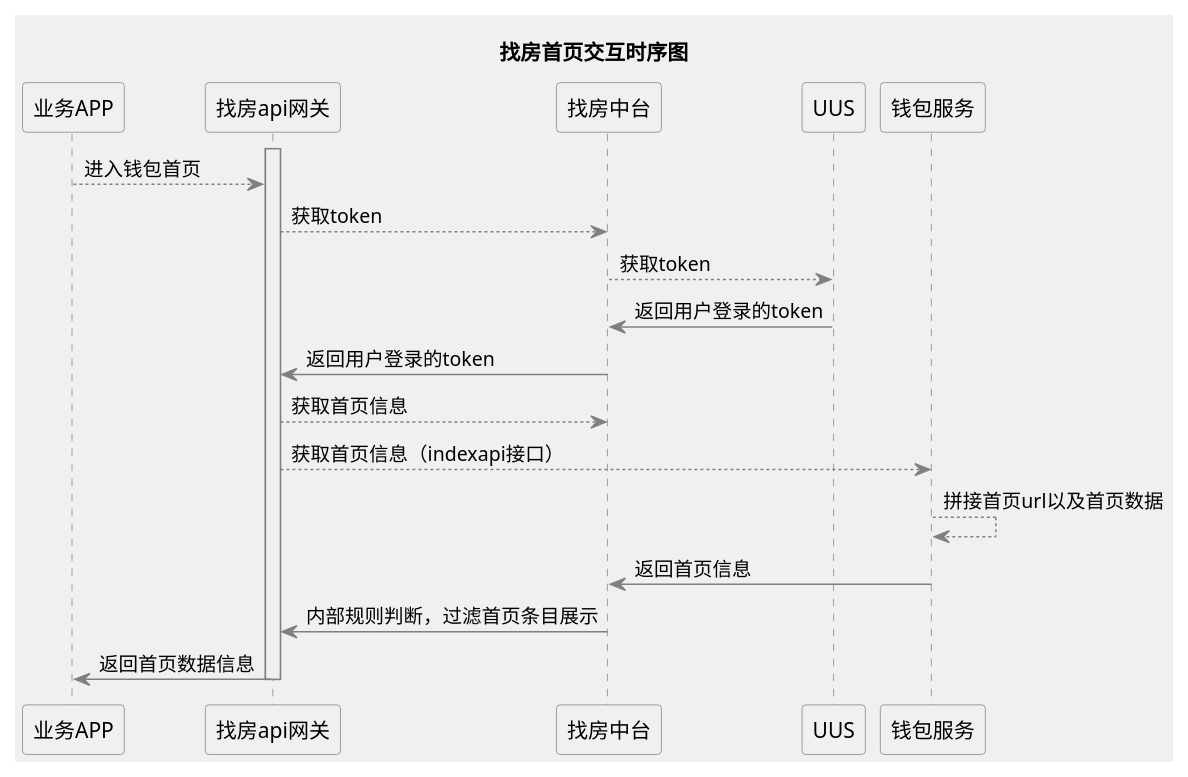
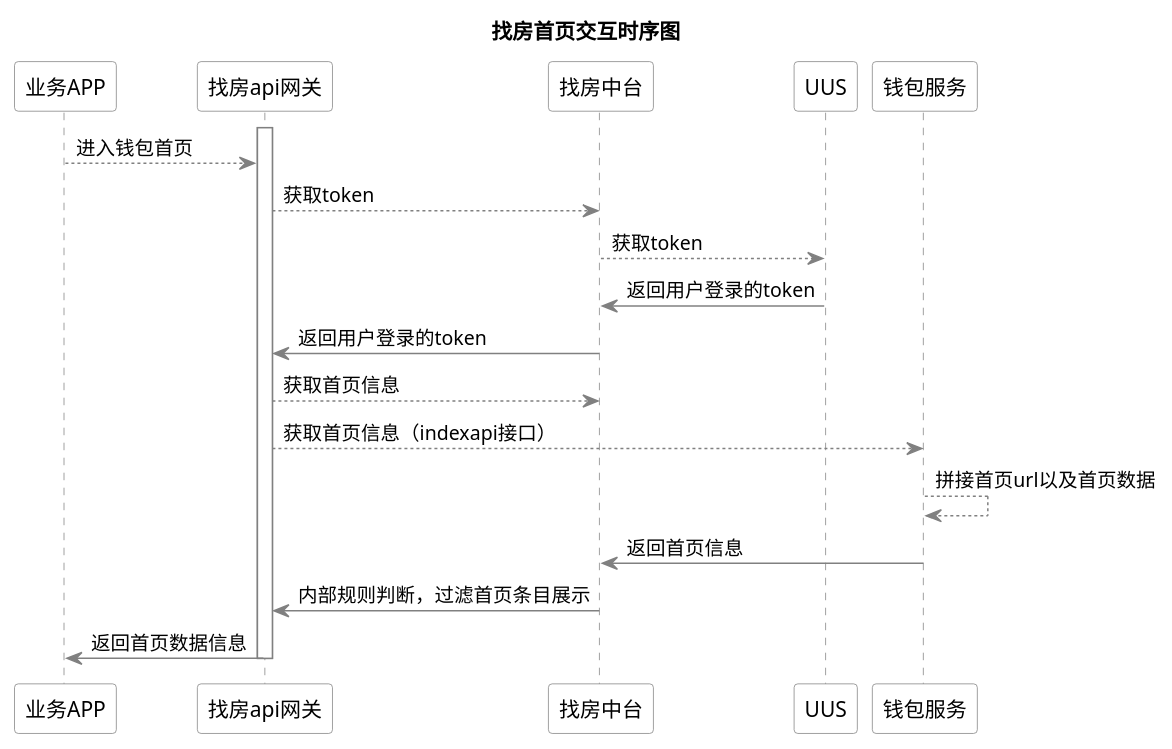
Before and after one commit to LUCKYZHOUSTAR/JAVA-repository: the diagram in flow-chart/api/b-wallet/ke_ewallet.puml, drawn with PlantUML.

Commit message:
puml时序图信息

```diff
--- a/flow-chart/api/b-wallet/ke_ewallet.puml
+++ b/flow-chart/api/b-wallet/ke_ewallet.puml
@@ -1,46 +1,46 @@
 @startuml
-skinparam backgroundColor #f0f0f0
+skinparam backgroundColor #FFFFFF
 skinparam sequence {
 	ArrowColor gray
 	ParticipantBorderColor gray
 	ParticipantBackgroundColor gray
 	ActorBackgroundColor gray
 	ActorFontColor #f0f0f0
 	LifeLineBorderColor gray
     LifeLineBackgroundColor gray
 
 }
 
 title 找房首页交互时序图
-participant 业务APP #f0f0f0
-participant 找房api网关 #f0f0f0
-participant 找房中台 #f0f0f0
-participant UUS #f0f0f0
-participant 钱包服务 #f0f0f0
+participant 业务APP #FFFFFF
+participant 找房api网关 #FFFFFF
+participant 找房中台 #FFFFFF
+participant UUS #FFFFFF
+participant 钱包服务 #FFFFFF
 
 
 
-activate 找房api网关 #f0f0f0
+activate 找房api网关 #FFFFFF
 业务APP-->找房api网关: 进入钱包首页
 找房api网关-->找房中台: 获取token
 找房中台-->UUS: 获取token
 
 UUS->找房中台: 返回用户登录的token
 找房中台->找房api网关: 返回用户登录的token
 
 找房api网关-->找房中台: 获取首页信息
 找房api网关-->钱包服务: 获取首页信息（indexapi接口）
 钱包服务-->钱包服务: 拼接首页url以及首页数据
 钱包服务->找房中台: 返回首页信息
 
 找房中台->找房api网关: 内部规则判断，过滤首页条目展示
 
 找房api网关->业务APP: 返回首页数据信息
 
 
 deactivate "找房api网关"
 
 
 
 
 @enduml
```
